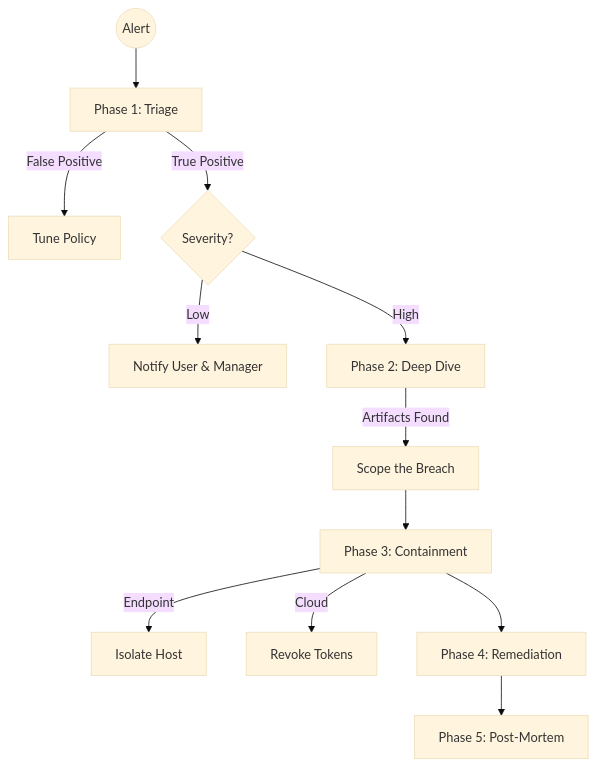
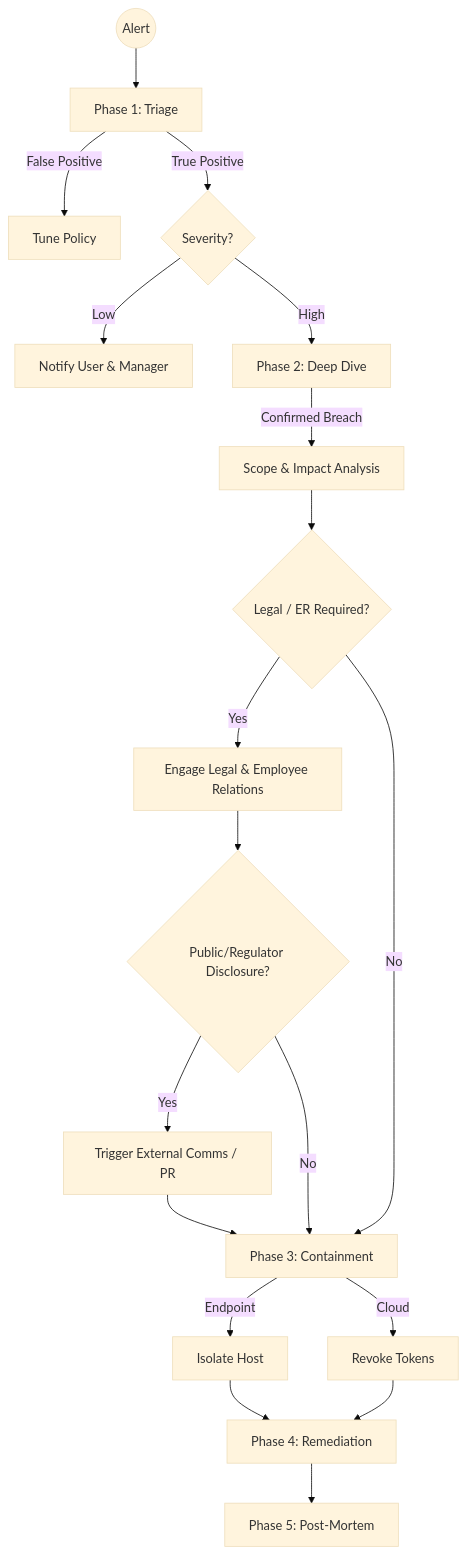
One commit to msraju/DLP changed the diagram in playbooks/ir-workflow.md. Above: the diagram before and after it, drawn with Mermaid (base theme).

Commit message:
Update IR workflow to include Legal, ER, and External Comms

````diff
--- a/playbooks/ir-workflow.md
+++ b/playbooks/ir-workflow.md
@@ -6,18 +6,27 @@
 ```mermaid
 graph TD
     Start((Alert)) --> Triage[Phase 1: Triage]
     Triage -->|False Positive| Tune[Tune Policy]
     Triage -->|True Positive| Classify{Severity?}
     
     Classify -- Low --> Notify[Notify User & Manager]
     Classify -- High --> Investigate[Phase 2: Deep Dive]
     
-    Investigate -->|Artifacts Found| Scope[Scope the Breach]
-    Scope --> Contain[Phase 3: Containment]
+    Investigate -->|Confirmed Breach| Scope[Scope & Impact Analysis]
+    
+    Scope --> StakeholderCheck{Legal / ER Required?}
+    StakeholderCheck -- Yes --> EngageLeg[Engage Legal & Employee Relations]
+    EngageLeg --> RegCheck{Public/Regulator Disclosure?}
+    
+    RegCheck -- Yes --> ExtComms[Trigger External Comms / PR]
+    ExtComms --> Contain[Phase 3: Containment]
+    RegCheck -- No --> Contain
+    StakeholderCheck -- No --> Contain
     
     Contain -->|Endpoint| Isolate[Isolate Host]
     Contain -->|Cloud| Revoke[Revoke Tokens]
     
-    Contain --> Remediation[Phase 4: Remediation]
+    Isolate --> Remediation[Phase 4: Remediation]
+    Revoke --> Remediation
     Remediation --> Report[Phase 5: Post-Mortem]
 ```
````
